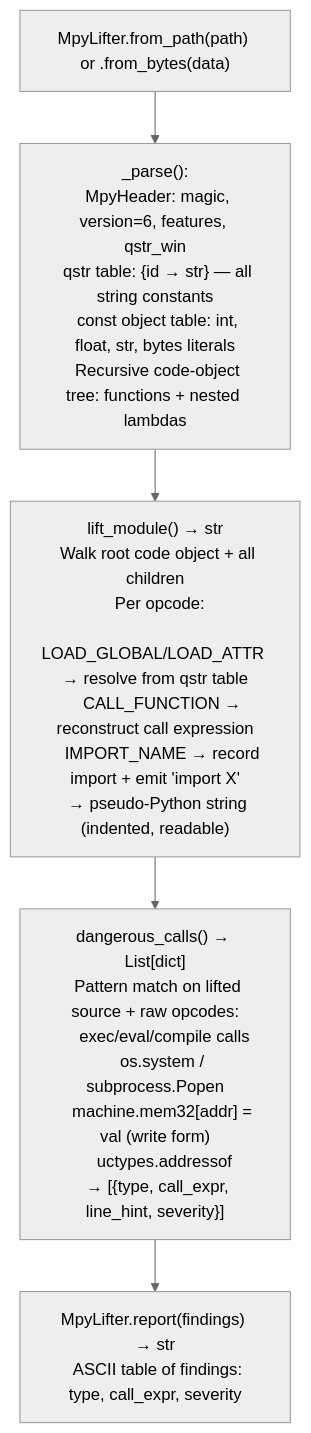
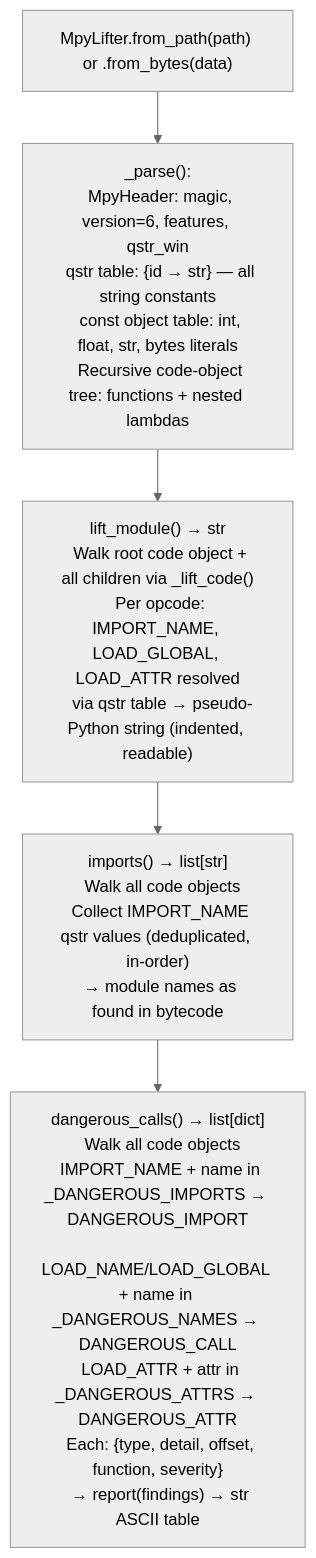
The diagram in docs/reference-modules/micropython.md (Ablation-Tool/ablation), drawn with Mermaid (neutral theme) before and after one commit. The commit also changed other lines of this file and 8 other files, not shown here.

````diff
--- a/docs/reference-modules/micropython.md
+++ b/docs/reference-modules/micropython.md
@@ -19,7 +19,7 @@
 ```mermaid
 flowchart TD
     A["MpyLifter.from_path(path) or .from_bytes(data)"] --> B["_parse():\n  MpyHeader: magic, version=6, features, qstr_win\n  qstr table: {id → str} — all string constants\n  const object table: int, float, str, bytes literals\n  Recursive code-object tree: functions + nested lambdas"]
-    B --> C["lift_module() → str\n  Walk root code object + all children\n  Per opcode:\n    LOAD_GLOBAL/LOAD_ATTR → resolve from qstr table\n    CALL_FUNCTION → reconstruct call expression\n    IMPORT_NAME → record import + emit 'import X'\n  → pseudo-Python string (indented, readable)"]
-    C --> D["dangerous_calls() → List[dict]\n  Pattern match on lifted source + raw opcodes:\n    exec/eval/compile calls\n    os.system / subprocess.Popen\n    machine.mem32[addr] = val (write form)\n    uctypes.addressof\n  → [{type, call_expr, line_hint, severity}]"]
-    D --> E["MpyLifter.report(findings) → str\n  ASCII table of findings: type, call_expr, severity"]
+    B --> C["lift_module() → str\n  Walk root code object + all children via _lift_code()\n  Per opcode: IMPORT_NAME, LOAD_GLOBAL, LOAD_ATTR resolved\n  via qstr table → pseudo-Python string (indented, readable)"]
+    C --> D["imports() → list[str]\n  Walk all code objects\n  Collect IMPORT_NAME qstr values (deduplicated, in-order)\n  → module names as found in bytecode"]
+    D --> E["dangerous_calls() → list[dict]\n  Walk all code objects\n  IMPORT_NAME + name in _DANGEROUS_IMPORTS → DANGEROUS_IMPORT\n  LOAD_NAME/LOAD_GLOBAL + name in _DANGEROUS_NAMES → DANGEROUS_CALL\n  LOAD_ATTR + attr in _DANGEROUS_ATTRS → DANGEROUS_ATTR\n  Each: {type, detail, offset, function, severity}\n  → report(findings) → str ASCII table"]
 ```
````
